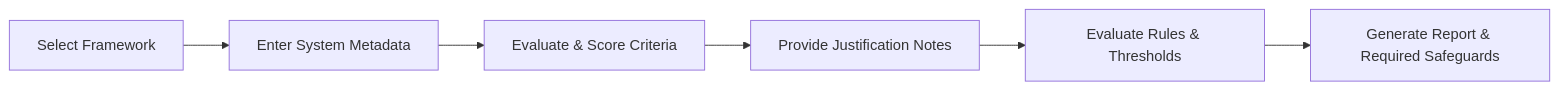
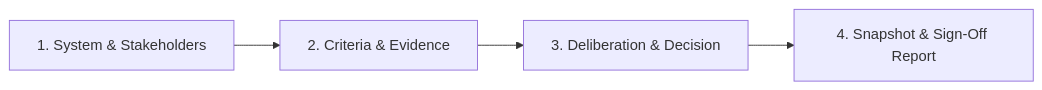
The diagram in README.md (cloudpedagogy/cloudpedagogy-ai-ethics-review), drawn with Mermaid before and after one commit. The commit also changed other lines of this file and 18 other files, not shown here.

````diff
--- a/README.md
+++ b/README.md
@@ -31,8 +38,6 @@
 ```mermaid
 flowchart LR
-    A[Select Framework] --> B[Enter System Metadata]
-    B --> C[Evaluate & Score Criteria]
-    C --> D[Provide Justification Notes]
-    D --> E[Evaluate Rules & Thresholds]
-    E --> F[Generate Report & Required Safeguards]
+    A[1. System & Stakeholders] --> B[2. Criteria & Evidence]
+    B --> C[3. Deliberation & Decision]
+    C --> D[4. Snapshot & Sign-Off Report]
 ```
````
